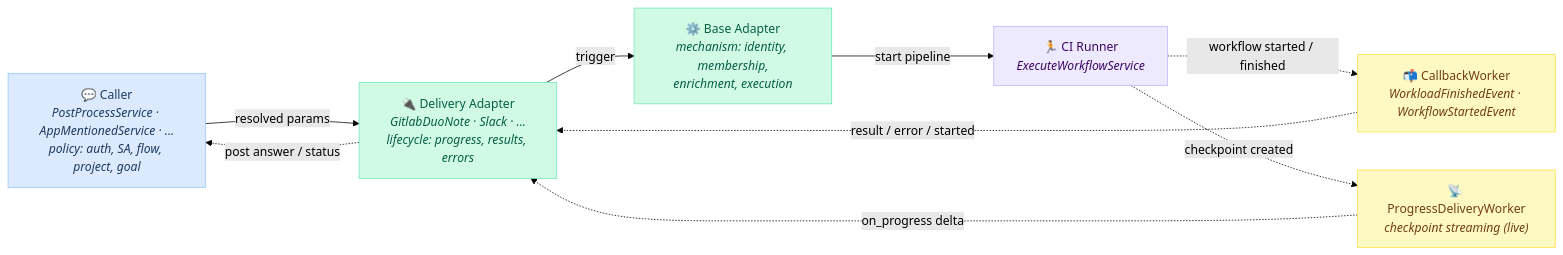
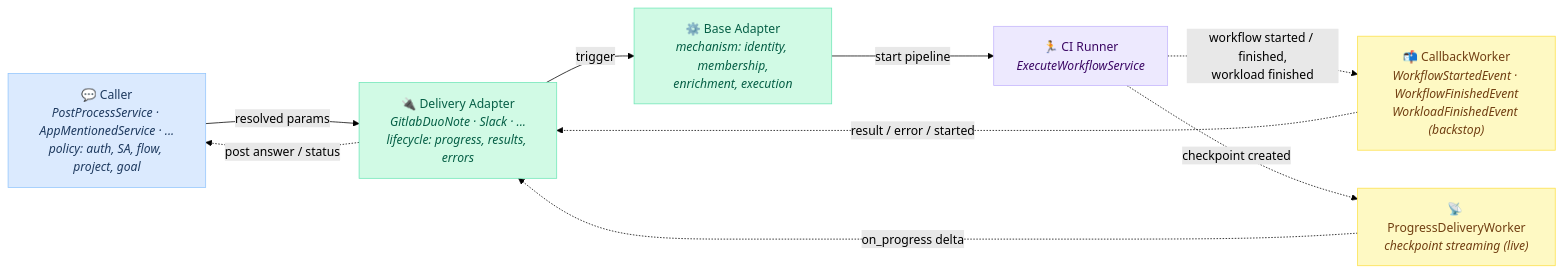
The first of 4 diagrams in content/handbook/engineering/architecture/design-documents/duo_workflow/decisions/008_duo_messaging_service.md (kyama0/gitlab-handbook-ja), drawn with Mermaid (forest theme) before and after one commit. The commit also changed other lines of this file and 25 other files, not shown here.

````diff
--- a/content/handbook/engineering/architecture/design-documents/duo_workflow/decisions/008_duo_messaging_service.md
+++ b/content/handbook/engineering/architecture/design-documents/duo_workflow/decisions/008_duo_messaging_service.md
@@ -50,28 +50,28 @@
 ```mermaid
 graph LR
     classDef surface fill:#dbeafe,stroke:#93c5fd,color:#1e3a5f
     classDef adapter fill:#d1fae5,stroke:#6ee7b7,color:#065f46
     classDef execution fill:#ede9fe,stroke:#c4b5fd,color:#3b0764
     classDef callback fill:#fef9c3,stroke:#fde047,color:#713f12
 
     Caller["💬 Caller<br/><i>PostProcessService · AppMentionedService · ...</i><br/><i>policy: auth, SA, flow, project, goal</i>"]
     Adapter["🔌 Delivery Adapter<br/><i>GitlabDuoNote · Slack · ...</i><br/><i>lifecycle: progress, results, errors</i>"]
     Base["⚙️ Base Adapter<br/><i>mechanism: identity, membership,<br/>enrichment, execution</i>"]
     CI["🏃 CI Runner<br/><i>ExecuteWorkflowService</i>"]
-    CW["📬 CallbackWorker<br/><i>WorkloadFinishedEvent · WorkflowStartedEvent</i>"]
+    CW["📬 CallbackWorker<br/><i>WorkflowStartedEvent · WorkflowFinishedEvent<br/>WorkloadFinishedEvent (backstop)</i>"]
     PW["📡 ProgressDeliveryWorker<br/><i>checkpoint streaming (live)</i>"]
 
     Caller -->|"resolved params"| Adapter
     Adapter -->|"trigger"| Base
     Base -->|"start pipeline"| CI
-    CI -.->|"workflow started / finished"| CW
+    CI -.->|"workflow started / finished,<br/>workload finished"| CW
     CI -.->|"checkpoint created"| PW
     CW -.->|"result / error / started"| Adapter
     PW -.->|"on_progress delta"| Adapter
     Adapter -.->|"post answer / status"| Caller
 
     class Caller surface
     class Adapter,Base adapter
     class CI execution
     class CW,PW callback
 ```
````
